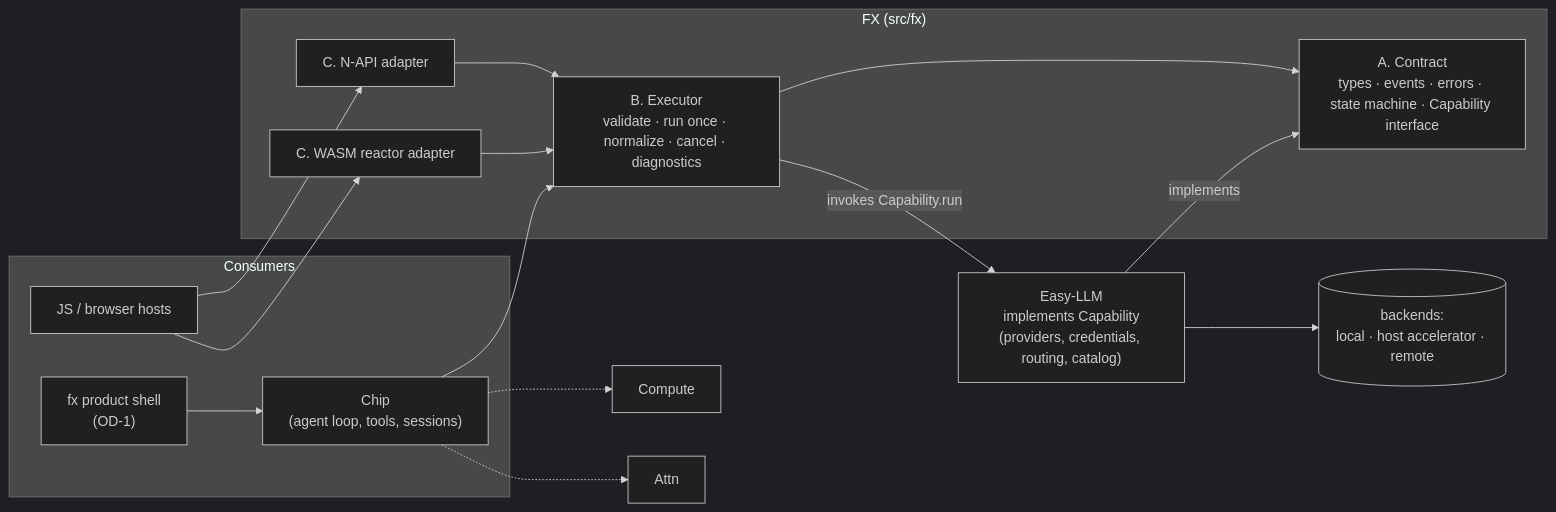
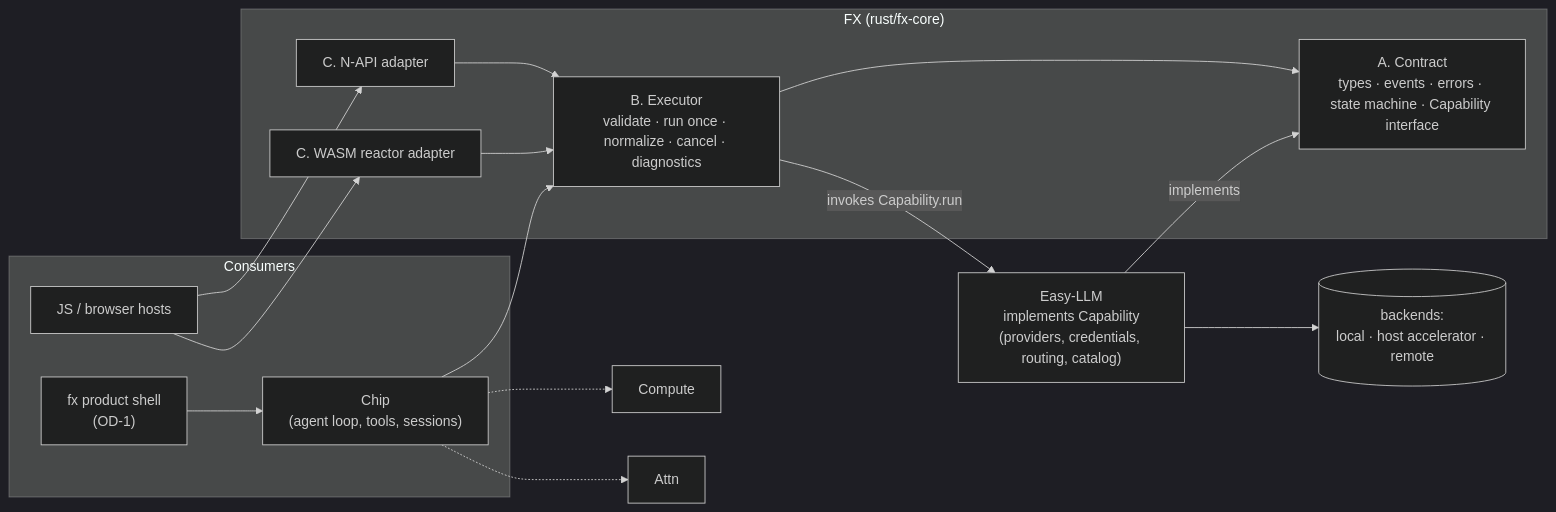
One commit to rkendel1/fx changed the second of 2 diagrams in docs/rebuild/ARCHITECTURE.md. Above: the diagram before and after it, drawn with Mermaid (dark theme). The commit also changed other lines of this file and 87 other files, not shown here.

````diff
--- a/docs/rebuild/ARCHITECTURE.md
+++ b/docs/rebuild/ARCHITECTURE.md
@@ -423,27 +244,27 @@
 ```mermaid
 flowchart LR
   subgraph Consumers
     CHIP["Chip<br/>(agent loop, tools, sessions)"]
     SHELL["fx product shell<br/>(OD-1)"]
     JS["JS / browser hosts"]
   end
-  subgraph FX["FX (src/fx)"]
+  subgraph FX["FX (rust/fx-core)"]
     A["A. Contract<br/>types · events · errors · state machine · Capability interface"]
     B["B. Executor<br/>validate · run once · normalize · cancel · diagnostics"]
     C1["C. N-API adapter"]
     C2["C. WASM reactor adapter"]
     B --> A
     C1 --> B
     C2 --> B
   end
   CHIP --> B
   SHELL --> CHIP
   JS --> C1
   JS --> C2
   EL["Easy-LLM<br/>implements Capability<br/>(providers, credentials, routing, catalog)"]
   EL -->|implements| A
   B -->|invokes Capability.run| EL
   EL --> BACK[("backends:<br/>local · host accelerator · remote")]
   CHIP -.-> COMPUTE["Compute"]
   CHIP -.-> ATTN["Attn"]
 ```
````
